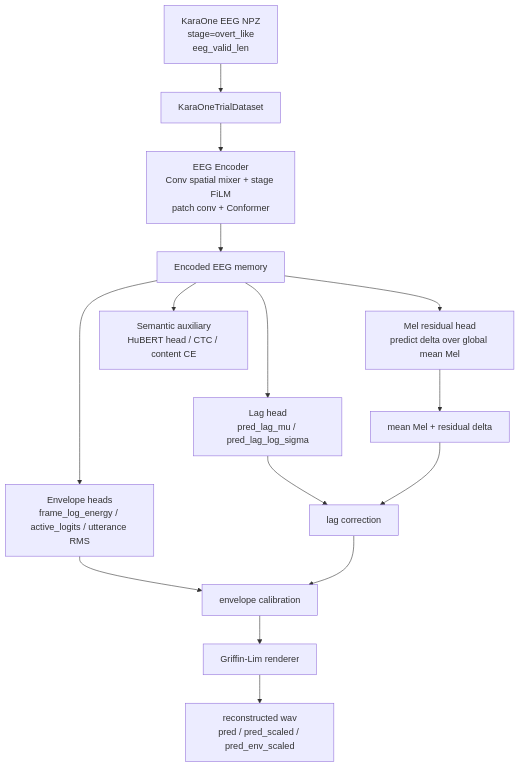
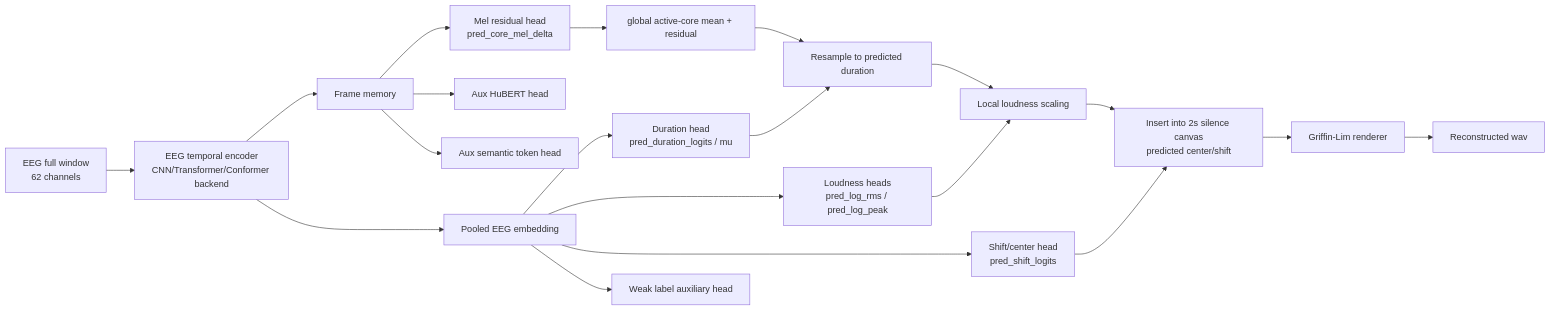
Before and after one commit to samxiexs/eeg-voice: the diagram in eeg2wave_server_bundle/karaone_overt_recon_bundle/reports/karaone_semantic_first_model_tech_zh.md, drawn with Mermaid. The commit also changed other lines of this file and 11 other files, not shown here.

````diff
--- a/eeg2wave_server_bundle/karaone_overt_recon_bundle/reports/karaone_semantic_first_model_tech_zh.md
+++ b/eeg2wave_server_bundle/karaone_overt_recon_bundle/reports/karaone_semantic_first_model_tech_zh.md
@@ -148,15 +244,25 @@
 ```mermaid
-flowchart TD
-  A["KaraOne EEG NPZ<br/>stage=overt_like<br/>eeg_valid_len"] --> B["KaraOneTrialDataset"]
-  B --> C["EEG Encoder<br/>Conv spatial mixer + stage FiLM<br/>patch conv + Conformer"]
-  C --> D["Encoded EEG memory"]
-  D --> E["Mel residual head<br/>predict delta over global mean Mel"]
-  D --> F["Lag head<br/>pred_lag_mu / pred_lag_log_sigma"]
-  D --> G["Envelope heads<br/>frame_log_energy / active_logits / utterance RMS"]
-  D --> H["Semantic auxiliary<br/>HuBERT head / CTC / content CE"]
-  E --> I["mean Mel + residual delta"]
-  F --> J["lag correction"]
-  G --> K["envelope calibration"]
-  I --> J --> K --> L["Griffin-Lim renderer"]
-  L --> M["reconstructed wav<br/>pred / pred_scaled / pred_env_scaled"]
+flowchart LR
+  A["EEG full window<br/>62 channels"] --> B["EEG temporal encoder<br/>CNN/Transformer/Conformer backend"]
+  B --> C["Frame memory"]
+  B --> D["Pooled EEG embedding"]
+
+  C --> E["Mel residual head<br/>pred_core_mel_delta"]
+  D --> F["Duration head<br/>pred_duration_logits / mu"]
+  D --> G["Loudness heads<br/>pred_log_rms / pred_log_peak"]
+  D --> H["Shift/center head<br/>pred_shift_logits"]
+
+  C --> I["Aux HuBERT head"]
+  C --> J["Aux semantic token head"]
+  D --> K["Weak label auxiliary head"]
+
+  E --> L["global active-core mean + residual"]
+  L --> M["Resample to predicted duration"]
+  F --> M
+  G --> N["Local loudness scaling"]
+  M --> N
+  H --> O["Insert into 2s silence canvas<br/>predicted center/shift"]
+  N --> O
+  O --> P["Griffin-Lim renderer"]
+  P --> Q["Reconstructed wav"]
 ```
````
